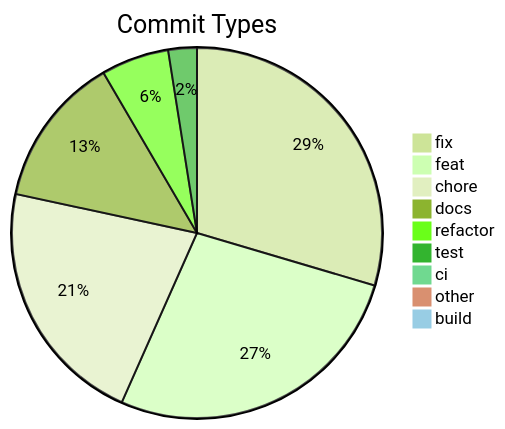
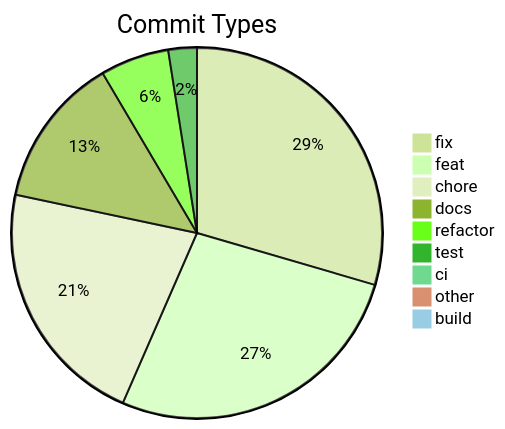
Before and after one commit to svenroth-ai/shipwright: the diagram in .shipwright/compliance/change-history.md, drawn with Mermaid (forest theme). The commit also changed other lines of this file and 22 other files, not shown here.

````diff
--- a/.shipwright/compliance/change-history.md
+++ b/.shipwright/compliance/change-history.md
@@ -8,12 +8,12 @@
 ```mermaid
 pie title Commit Types
     "fix" : 320
     "feat" : 293
-    "chore" : 235
+    "chore" : 236
     "docs" : 143
-    "refactor" : 64
+    "refactor" : 65
     "test" : 27
     "ci" : 11
     "other" : 7
     "build" : 1
 ```
````
